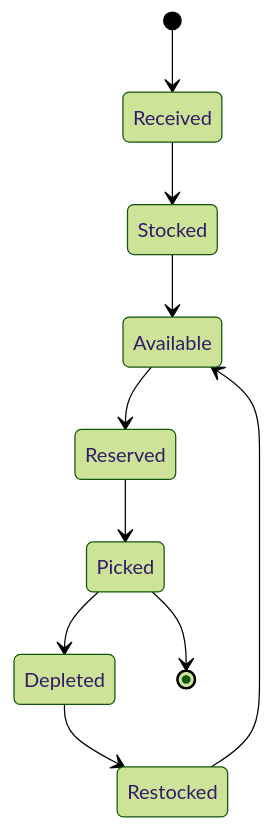
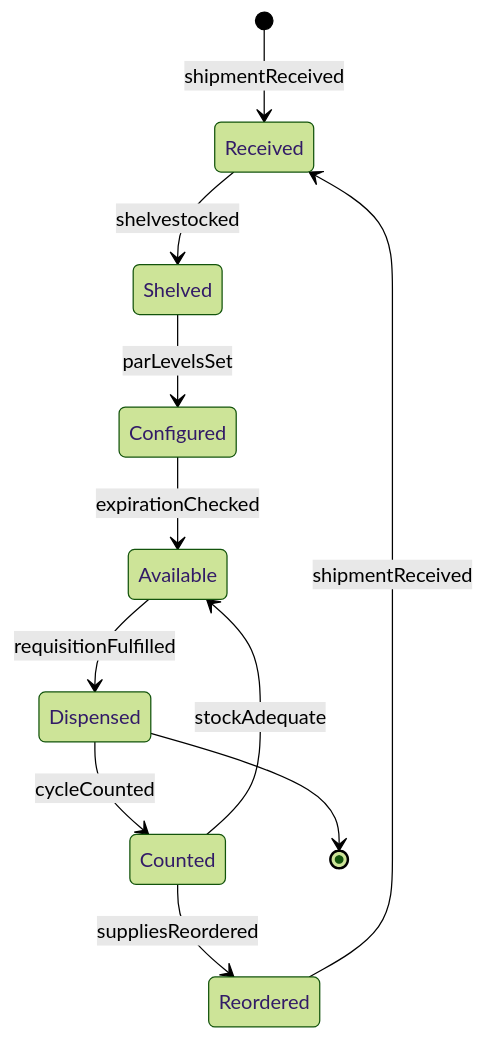
One commit to dot-org-ai/tasks.org.ai changed the second of 4 diagrams in HandlingAndMovingObjects/StockSuppliesOrProducts/StockMedicalPatientCareSupplies.mdx. Above: the diagram before and after it, drawn with Mermaid (forest theme). The commit also changed other lines of this file and 515 other files, not shown here.

````diff
--- a/HandlingAndMovingObjects/StockSuppliesOrProducts/StockMedicalPatientCareSupplies.mdx
+++ b/HandlingAndMovingObjects/StockSuppliesOrProducts/StockMedicalPatientCareSupplies.mdx
@@ -99,12 +99,13 @@
 ```mermaid
 stateDiagram-v2
-    [*] --> Received
-    Received --> Stocked
-    Stocked --> Available
-    Available --> Reserved
-    Reserved --> Picked
-    Picked --> Depleted
-    Depleted --> Restocked
-    Restocked --> Available
-    Picked --> [*]
+    [*] --> Received : shipmentReceived
+    Received --> Shelved : shelvestocked
+    Shelved --> Configured : parLevelsSet
+    Configured --> Available : expirationChecked
+    Available --> Dispensed : requisitionFulfilled
+    Dispensed --> Counted : cycleCounted
+    Counted --> Reordered : suppliesReordered
+    Reordered --> Received : shipmentReceived
+    Counted --> Available : stockAdequate
+    Dispensed --> [*]
 ```
````
